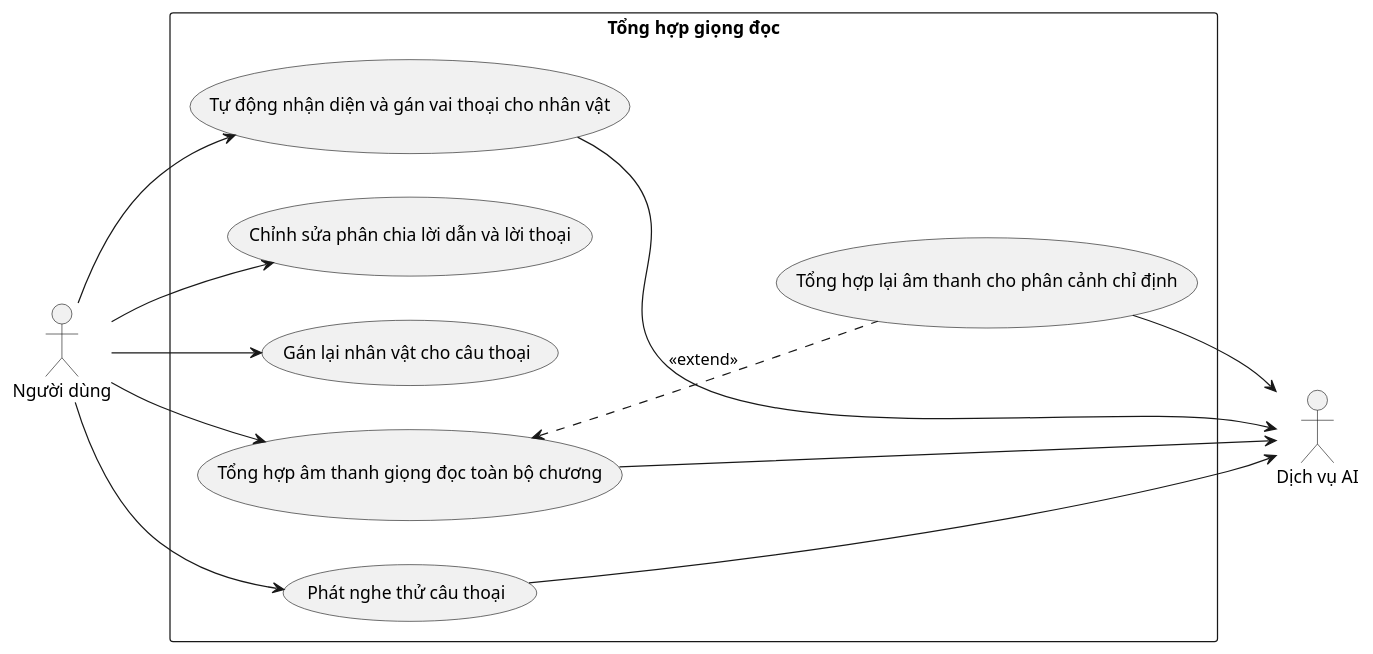
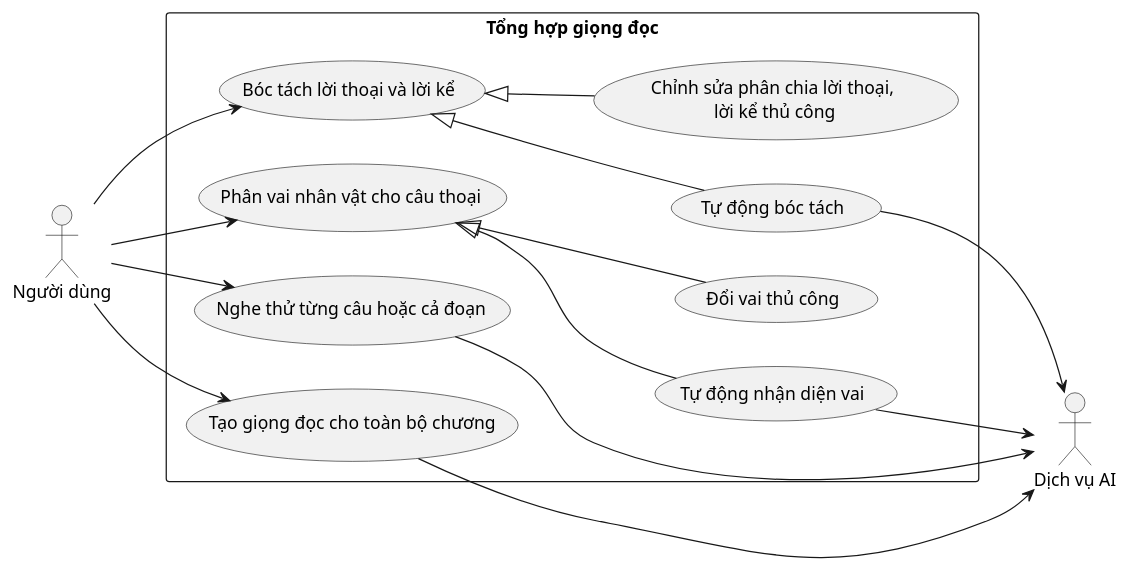
Before and after one commit to 202416852-anhpv/story2video-docs: the diagram in docs/bieu-do-uc/bieu-do-uc-chi-tiet/make/cau-hinh-va-tong-hop-giong-doc/tong-hop-giong-doc.puml, drawn with PlantUML. The commit also changed 1 other file, not shown here.

```diff
--- a/docs/bieu-do-uc/bieu-do-uc-chi-tiet/make/cau-hinh-va-tong-hop-giong-doc/tong-hop-giong-doc.puml
+++ b/docs/bieu-do-uc/bieu-do-uc-chi-tiet/make/cau-hinh-va-tong-hop-giong-doc/tong-hop-giong-doc.puml
@@ -1,32 +1,39 @@
 @startuml tong-hop-giong-doc
 left to right direction
 
 actor "Người dùng" as User
 actor "Dịch vụ AI" as AI_Service
 
 rectangle "Tổng hợp giọng đọc" {
-    ' --- PHA 1: BÓC TÁCH VÀ PHÂN VAI KỊCH BẢN ---
-    usecase "Tự động nhận diện và gán vai thoại cho nhân vật" as UC_01
-    usecase "Chỉnh sửa phân chia lời dẫn và lời thoại" as UC_02
-    usecase "Gán lại nhân vật cho câu thoại" as UC_03
+    ' --- NHÓM 1: BÓC TÁCH LỜI THOẠI & LỜI KỂ ---
+    usecase "Bóc tách lời thoại và lời kể" as UC_01
+    usecase "Tự động bóc tách" as UC_01_AI
+    usecase "Chỉnh sửa phân chia lời thoại,\n lời kể thủ công" as UC_01_Manual
 
-    ' --- PHA 2: THỰC THI TỔNG HỢP ÂM THANH ---
-    usecase "Phát nghe thử câu thoại" as UC_04
-    usecase "Tổng hợp âm thanh giọng đọc toàn bộ chương" as UC_05
-    usecase "Tổng hợp lại âm thanh cho phân cảnh chỉ định" as UC_06
+    ' --- NHÓM 2: PHÂN VAI NHÂN VẬT ---
+    usecase "Phân vai nhân vật cho câu thoại" as UC_02
+    usecase "Tự động nhận diện vai" as UC_02_AI
+    usecase "Đổi vai thủ công" as UC_02_Manual
+
+    ' --- NHÓM 3: SINH ÂM THANH & KIỂM TRA ---
+    usecase "Nghe thử từng câu hoặc cả đoạn" as UC_03
+    usecase "Tạo giọng đọc cho toàn bộ chương" as UC_04
 }
 
 User --> UC_01
 User --> UC_02
 User --> UC_03
 User --> UC_04
-User --> UC_05
 
-UC_05 <.. UC_06 : <<extend>>
+UC_01 <|-- UC_01_AI
+UC_01 <|-- UC_01_Manual
 
-UC_01 --> AI_Service
+UC_02 <|-- UC_02_AI
+UC_02 <|-- UC_02_Manual
+
+UC_01_AI --> AI_Service
+UC_02_AI --> AI_Service
+UC_03 --> AI_Service
 UC_04 --> AI_Service
-UC_05 --> AI_Service
-UC_06 --> AI_Service
 
 @enduml
```
